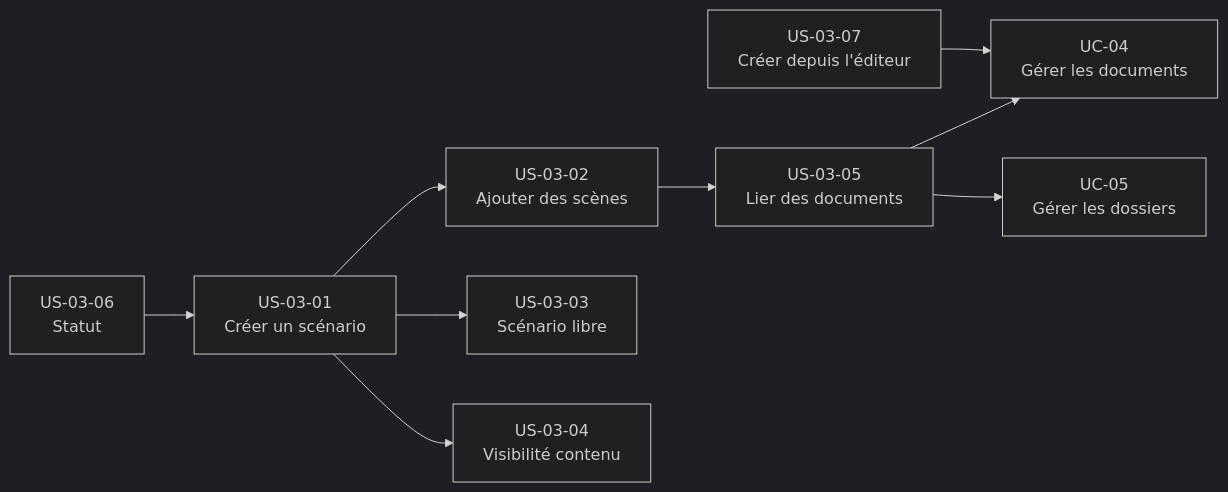
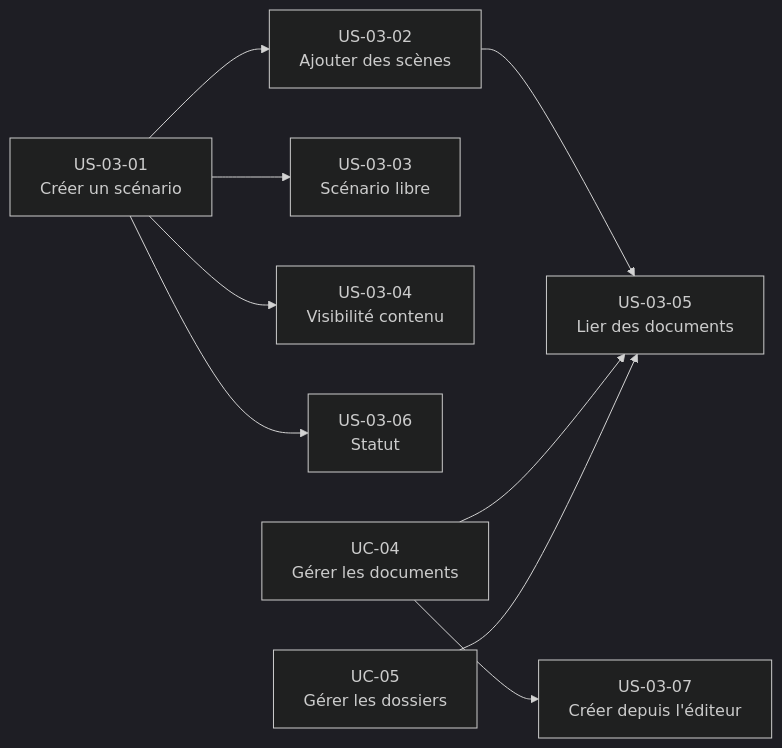
One commit to 2025-10-CDA-ECO-P6/PM-micro-saas changed the second of 2 diagrams in docs/besoin/stories/US-UC-03-structurer-scenario.md. Above: the diagram before and after it, drawn with Mermaid (dark theme). The commit also changed 4 other files, not shown here.

First line of the commit message:
docs(stories): aligne les diagrammes des stories sur leurs règles

````diff
--- a/docs/besoin/stories/US-UC-03-structurer-scenario.md
+++ b/docs/besoin/stories/US-UC-03-structurer-scenario.md
@@ -85,22 +85,22 @@
 ```mermaid
 flowchart LR
     US0301[US-03-01\nCréer un scénario]
     US0302[US-03-02\nAjouter des scènes]
     US0303[US-03-03\nScénario libre]
     US0304[US-03-04\nVisibilité contenu]
     US0305[US-03-05\nLier des documents]
     US0306[US-03-06\nStatut]
     US0307[US-03-07\nCréer depuis l'éditeur]
 
     UC04[UC-04\nGérer les documents]
     UC05[UC-05\nGérer les dossiers]
 
     US0301 --> US0302
     US0301 --> US0303
     US0301 --> US0304
     US0302 --> US0305
-    US0305 --> UC04
-    US0305 --> UC05
-    US0307 --> UC04
-    US0306 --> US0301
+    UC04 --> US0305
+    UC05 --> US0305
+    UC04 --> US0307
+    US0301 --> US0306
 ```
````
